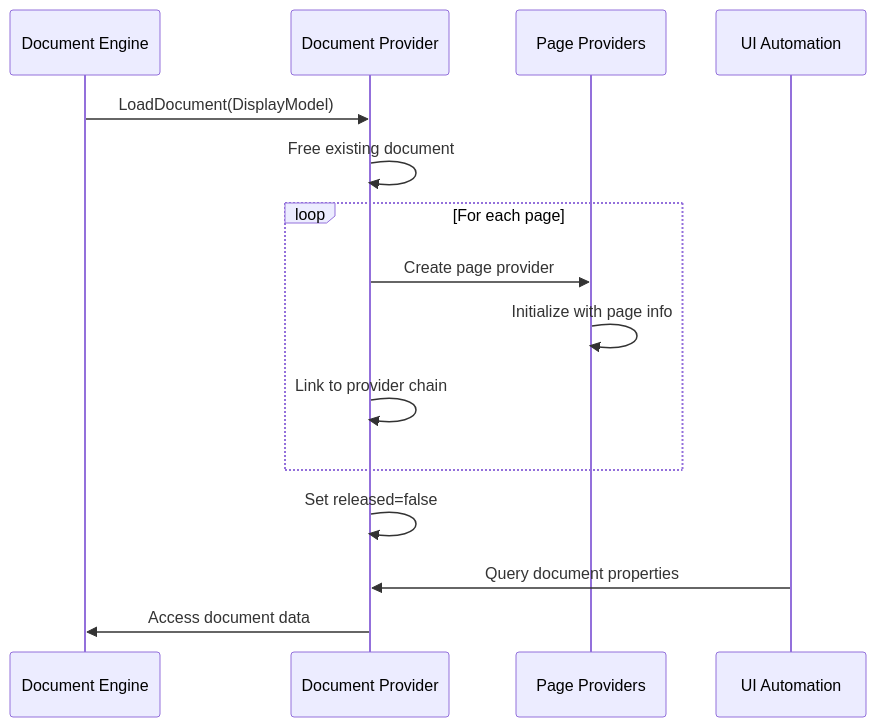
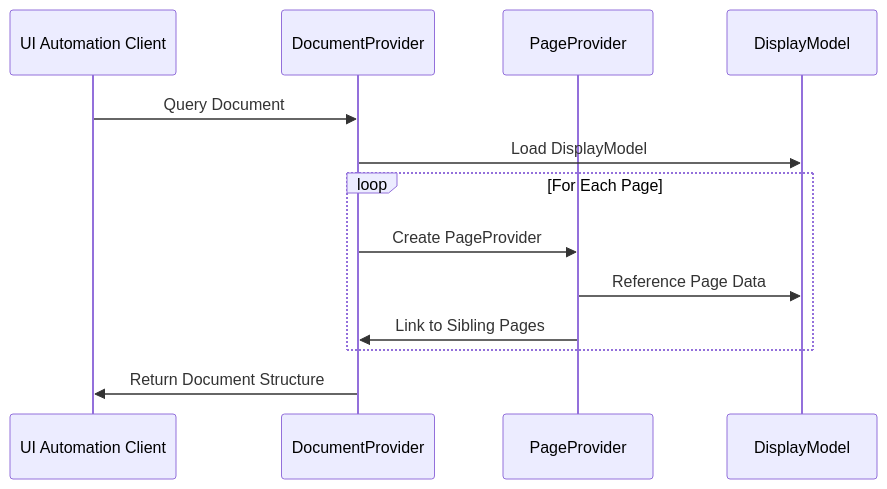
The third of 6 diagrams in docs/sumatrapdfreader--sumatrapdf-docs/document_provider.md (FSoft-AI4Code/codewiki-demo), drawn with Mermaid before and after one commit. The commit also changed other lines of this file and 1103 other files, not shown here.

````diff
--- a/docs/sumatrapdfreader--sumatrapdf-docs/document_provider.md
+++ b/docs/sumatrapdfreader--sumatrapdf-docs/document_provider.md
@@ -99,18 +103,16 @@
 ```mermaid
 sequenceDiagram
-    participant Engine as Document Engine
-    participant DP as Document Provider
-    participant PP as Page Providers
-    participant UIA as UI Automation
+    participant UI as UI Automation Client
+    participant DP as DocumentProvider
+    participant PP as PageProvider
+    participant DM as DisplayModel
     
-    Engine->>DP: LoadDocument(DisplayModel)
-    DP->>DP: Free existing document
-    loop For each page
-        DP->>PP: Create page provider
-        PP->>PP: Initialize with page info
-        DP->>DP: Link to provider chain
+    UI->>DP: Query Document
+    DP->>DM: Load DisplayModel
+    loop For Each Page
+        DP->>PP: Create PageProvider
+        PP->>DM: Reference Page Data
+        PP->>DP: Link to Sibling Pages
     end
-    DP->>DP: Set released=false
-    UIA->>DP: Query document properties
-    DP->>Engine: Access document data
+    DP->>UI: Return Document Structure
 ```
````
